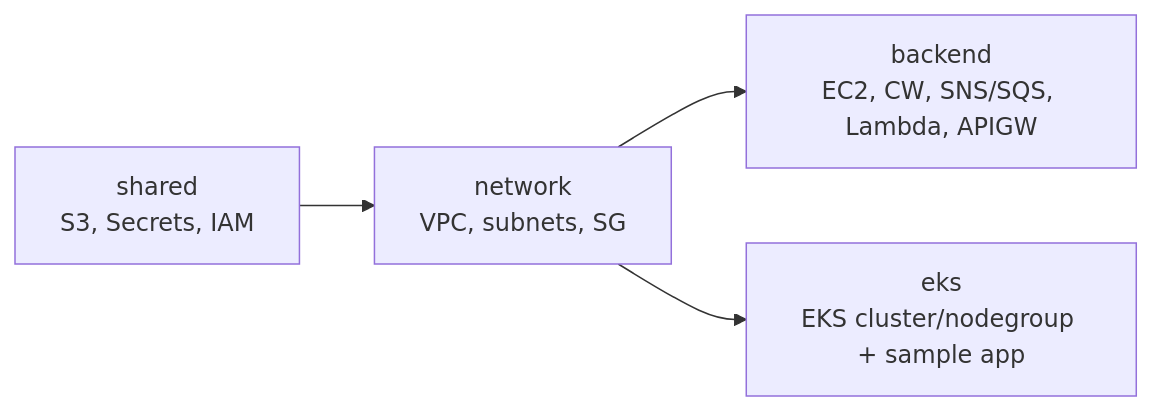
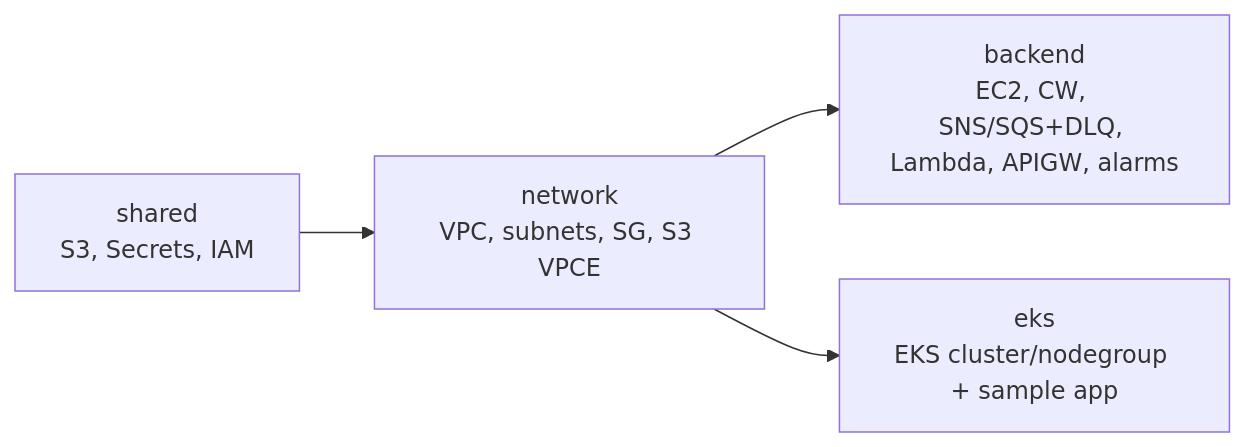
Before and after one commit to akmalsyrf/test-localstack-infra: the second of 3 diagrams in docs/ARCHITECTURE.md, drawn with Mermaid. The commit also changed other lines of this file and 1 other file, not shown here.

````diff
--- a/docs/ARCHITECTURE.md
+++ b/docs/ARCHITECTURE.md
@@ -64,6 +70,6 @@
 ```mermaid
 flowchart LR
-  shared[shared<br/>S3, Secrets, IAM] --> network[network<br/>VPC, subnets, SG]
-  network --> backend[backend<br/>EC2, CW, SNS/SQS, Lambda, APIGW]
+  shared[shared<br/>S3, Secrets, IAM] --> network[network<br/>VPC, subnets, SG, S3 VPCE]
+  network --> backend[backend<br/>EC2, CW, SNS/SQS+DLQ, Lambda, APIGW, alarms]
   network --> eks[eks<br/>EKS cluster/nodegroup + sample app]
 ```
````
